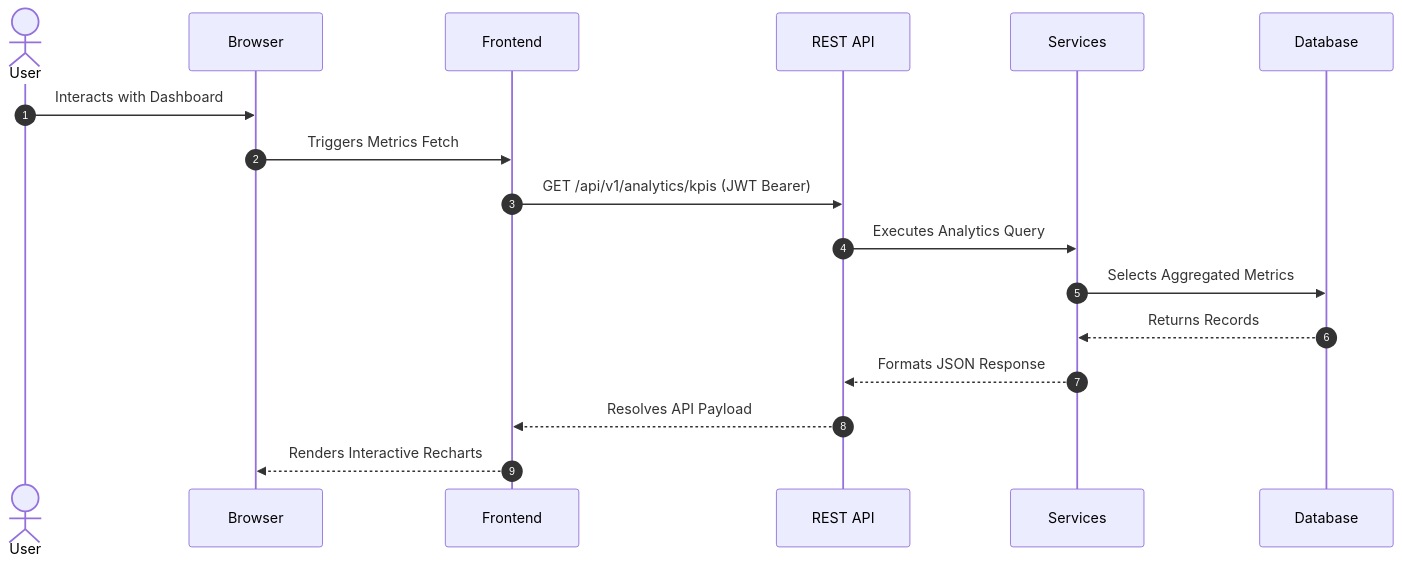
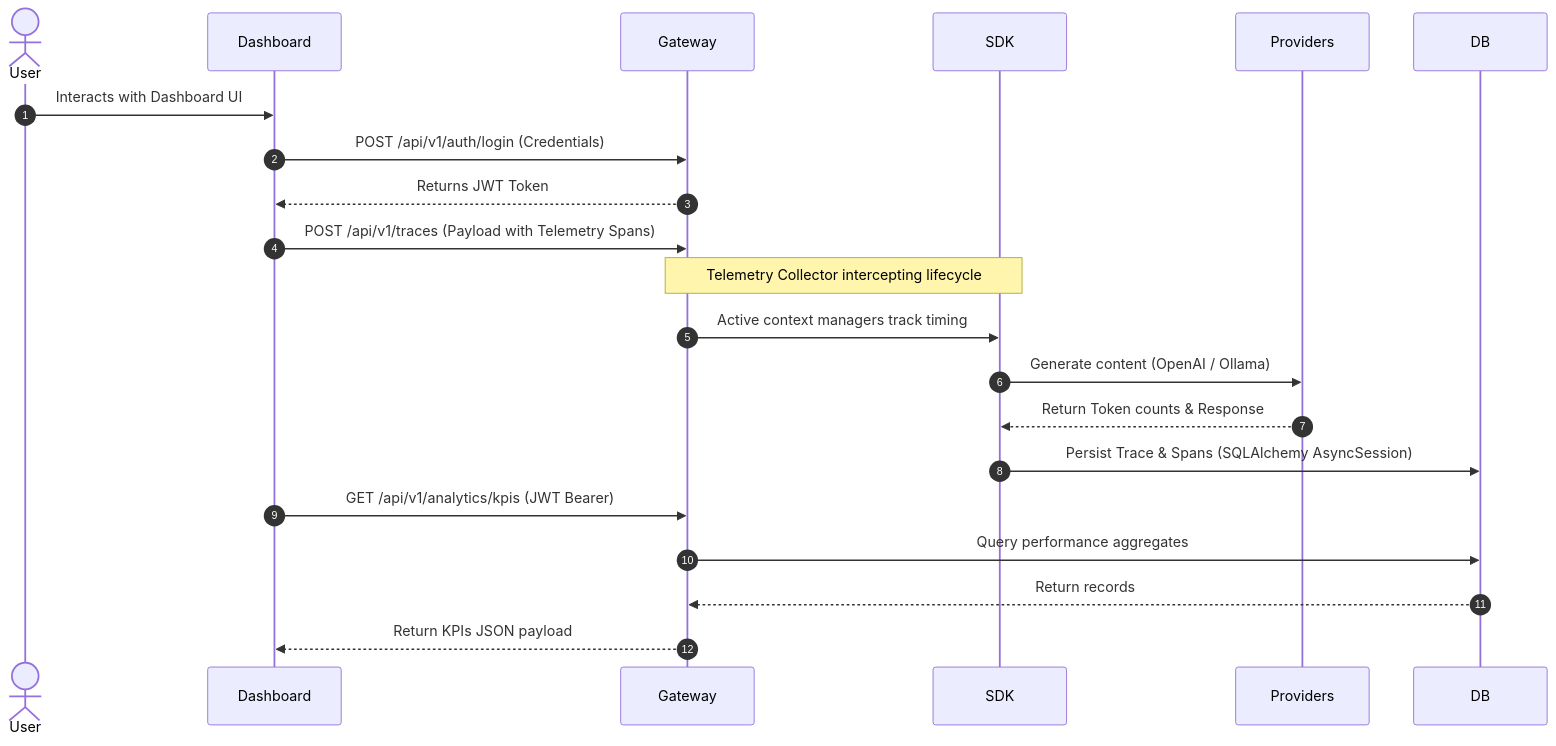
One commit to Sakshisrivastava01/llm-observability-pipeline changed the second of 2 diagrams in README.md. Above: the diagram before and after it, drawn with Mermaid. The commit also changed other lines of this file, not shown here.

````diff
--- a/README.md
+++ b/README.md
@@ -66,14 +79,18 @@
 ```mermaid
 sequenceDiagram
     autonumber
     actor User
-    User->>Browser: Interacts with Dashboard
-    Browser->>Frontend: Triggers Metrics Fetch
-    Frontend->>REST API: GET /api/v1/analytics/kpis (JWT Bearer)
-    REST API->>Services: Executes Analytics Query
-    Services->>Database: Selects Aggregated Metrics
-    Database-->>Services: Returns Records
-    Services-->>REST API: Formats JSON Response
-    REST API-->>Frontend: Resolves API Payload
-    Frontend-->>Browser: Renders Interactive Recharts
+    User->>Dashboard: Interacts with Dashboard UI
+    Dashboard->>Gateway: POST /api/v1/auth/login (Credentials)
+    Gateway-->>Dashboard: Returns JWT Token
+    Dashboard->>Gateway: POST /api/v1/traces (Payload with Telemetry Spans)
+    Note over Gateway,SDK: Telemetry Collector intercepting lifecycle
+    Gateway->>SDK: Active context managers track timing
+    SDK->>Providers: Generate content (OpenAI / Ollama)
+    Providers-->>SDK: Return Token counts & Response
+    SDK->>DB: Persist Trace & Spans (SQLAlchemy AsyncSession)
+    Dashboard->>Gateway: GET /api/v1/analytics/kpis (JWT Bearer)
+    Gateway->>DB: Query performance aggregates
+    DB-->>Gateway: Return records
+    Gateway-->>Dashboard: Return KPIs JSON payload
 ```
````
